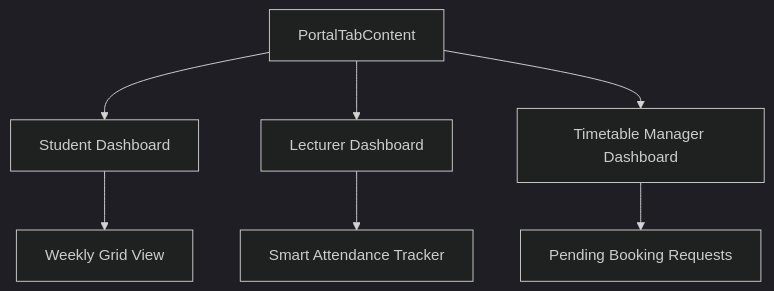
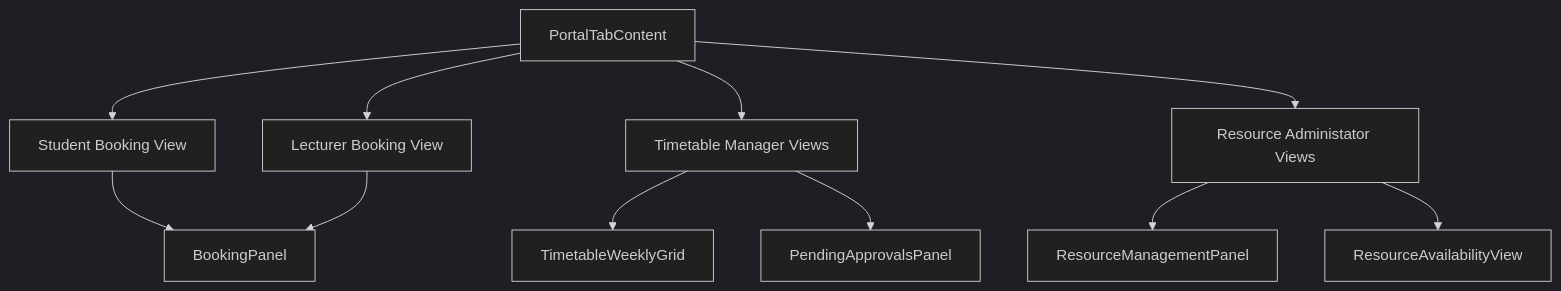
The fourth of 4 diagrams in docs/architecture_diagrams.md (SadisaRashmika/it3030-paf-2026-smart-campus-group77), drawn with Mermaid (dark theme) before and after one commit. The commit also changed other lines of this file and 4 other files, not shown here.

````diff
--- a/docs/architecture_diagrams.md
+++ b/docs/architecture_diagrams.md
@@ -148,10 +150,14 @@
 ```mermaid
 flowchart TD
-		M[PortalTabContent] --> U[Student Dashboard]
-		M --> V[Lecturer Dashboard]
-		M --> W[Timetable Manager Dashboard]
+		M[PortalTabContent] --> U[Student Booking View]
+		M --> V[Lecturer Booking View]
+		M --> W[Timetable Manager Views]
+		M --> R[Resource Administator Views]
 
-		U --> X[Weekly Grid View]
-		V --> Y[Smart Attendance Tracker]
-		W --> Z[Pending Booking Requests]
+		U --> X[BookingPanel]
+		V --> X
+		W --> T[TimetableWeeklyGrid]
+		W --> Z[PendingApprovalsPanel]
+		R --> I[ResourceManagementPanel]
+		R --> A[ResourceAvailabilityView]
 ```
````
